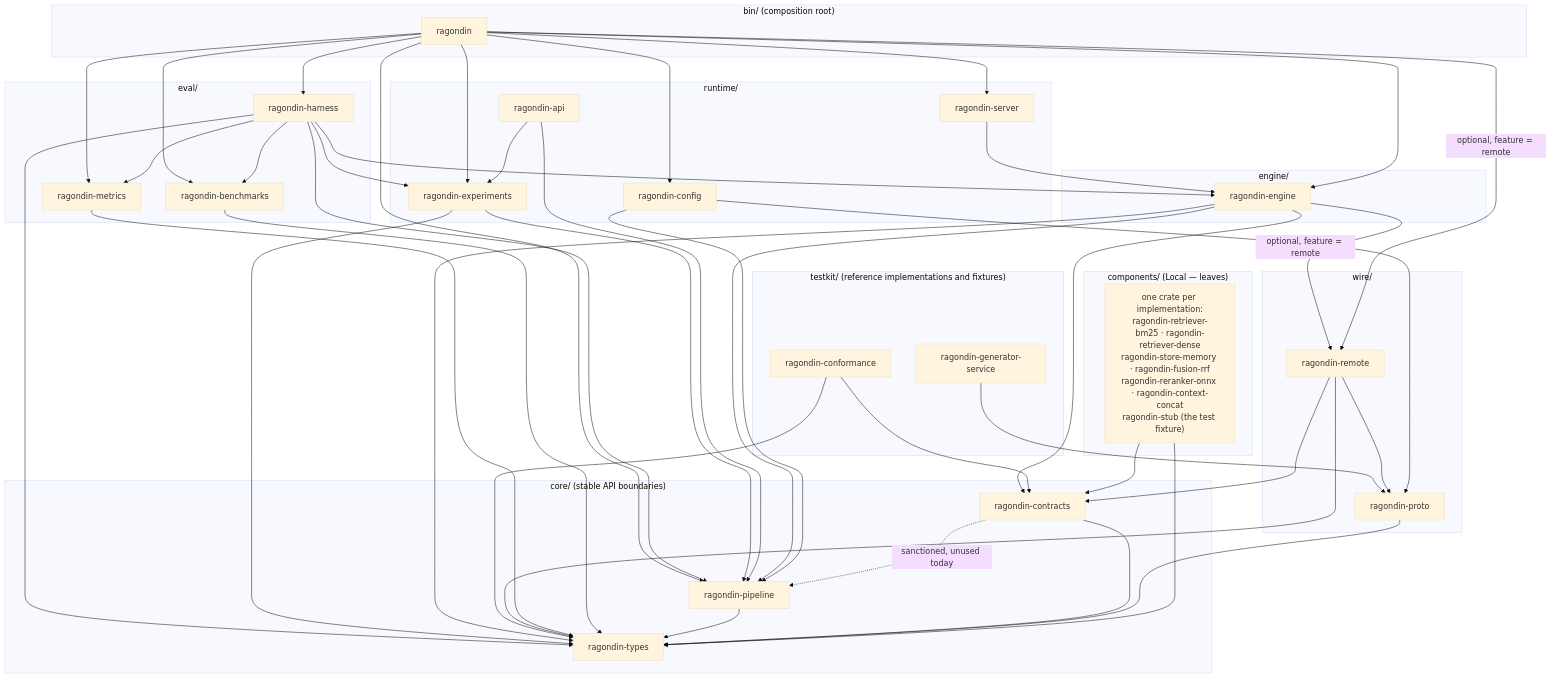
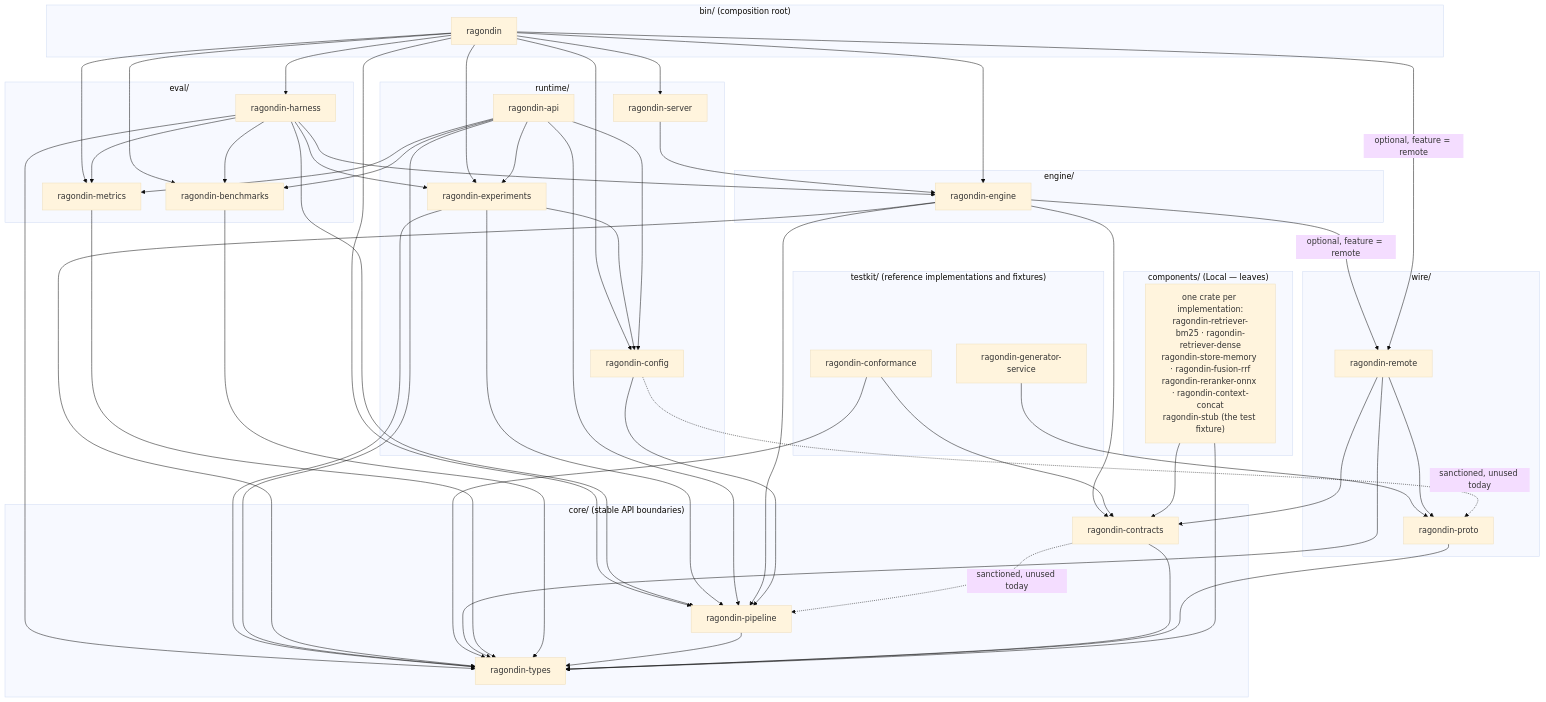
Before and after one commit to genesary/Ragondin: the first of 4 diagrams in docs/code-architecture.md, drawn with Mermaid (base theme). The commit also changed other lines of this file and 23 other files, not shown here.

````diff
--- a/docs/code-architecture.md
+++ b/docs/code-architecture.md
@@ -192,56 +192,57 @@
 ```mermaid
 flowchart TB
   subgraph BIN["bin/ (composition root)"]
     RAG[ragondin]
   end
   subgraph RUNTIME["runtime/"]
     SRV[ragondin-server]
     EXP[ragondin-experiments]
     CFG[ragondin-config]
     API[ragondin-api]
   end
   subgraph EVAL["eval/"]
     HAR[ragondin-harness]
     MET[ragondin-metrics]
     BEN[ragondin-benchmarks]
   end
   subgraph ENGINE["engine/"]
     ENG[ragondin-engine]
   end
   subgraph TESTKIT["testkit/ (reference implementations and fixtures)"]
     CNF[ragondin-conformance]
     GEN[ragondin-generator-service]
   end
   subgraph COMP["components/ (Local — leaves)"]
     CX["one crate per implementation:<br/>ragondin-retriever-bm25 · ragondin-retriever-dense<br/>ragondin-store-memory · ragondin-fusion-rrf<br/>ragondin-reranker-onnx · ragondin-context-concat<br/>ragondin-stub (the test fixture)"]
   end
   subgraph WIRE["wire/"]
     PRO[ragondin-proto]
     REM[ragondin-remote]
   end
   subgraph CORE["core/ (stable API boundaries)"]
     CON[ragondin-contracts]
     PIP[ragondin-pipeline]
     TYP[ragondin-types]
   end
 
   RAG --> SRV & HAR & EXP & CFG & ENG & MET & BEN & PIP
   SRV --> ENG
   HAR --> ENG & MET & BEN & EXP & PIP & TYP
-  EXP --> PIP & TYP
-  API --> EXP & PIP
+  EXP --> CFG & PIP & TYP
+  API --> CFG & EXP & MET & BEN & PIP & TYP
   ENG --> CON & PIP & TYP
   ENG -->|"optional, feature = remote"| REM
   RAG -->|"optional, feature = remote"| REM
   CNF --> CON & TYP
   GEN --> PRO
   REM --> CON & TYP & PRO
   MET --> TYP
   BEN --> TYP
-  CFG --> PIP & PRO
+  CFG --> PIP
+  CFG -.->|"sanctioned, unused today"| PRO
   CON -.->|"sanctioned, unused today"| PIP
   PIP --> TYP
   CON --> TYP
   PRO --> TYP
   CX --> CON & TYP
 ```
````
